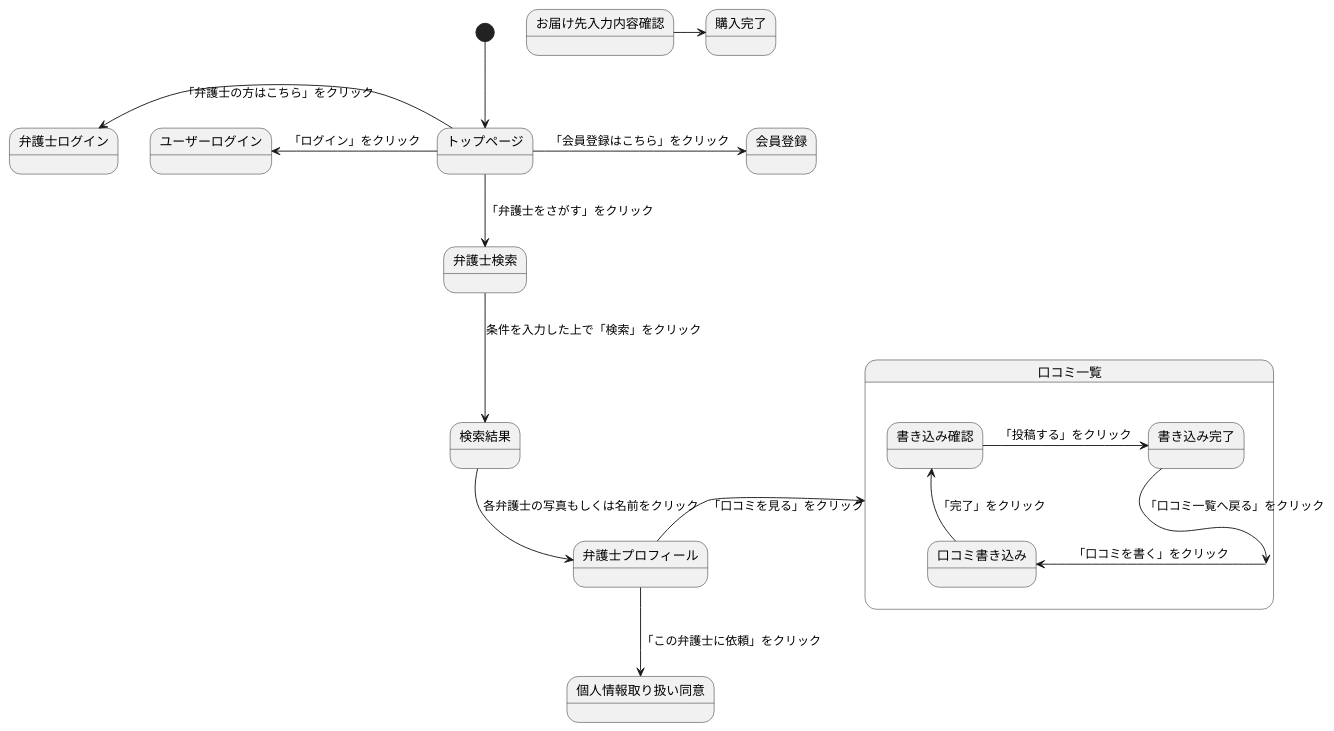
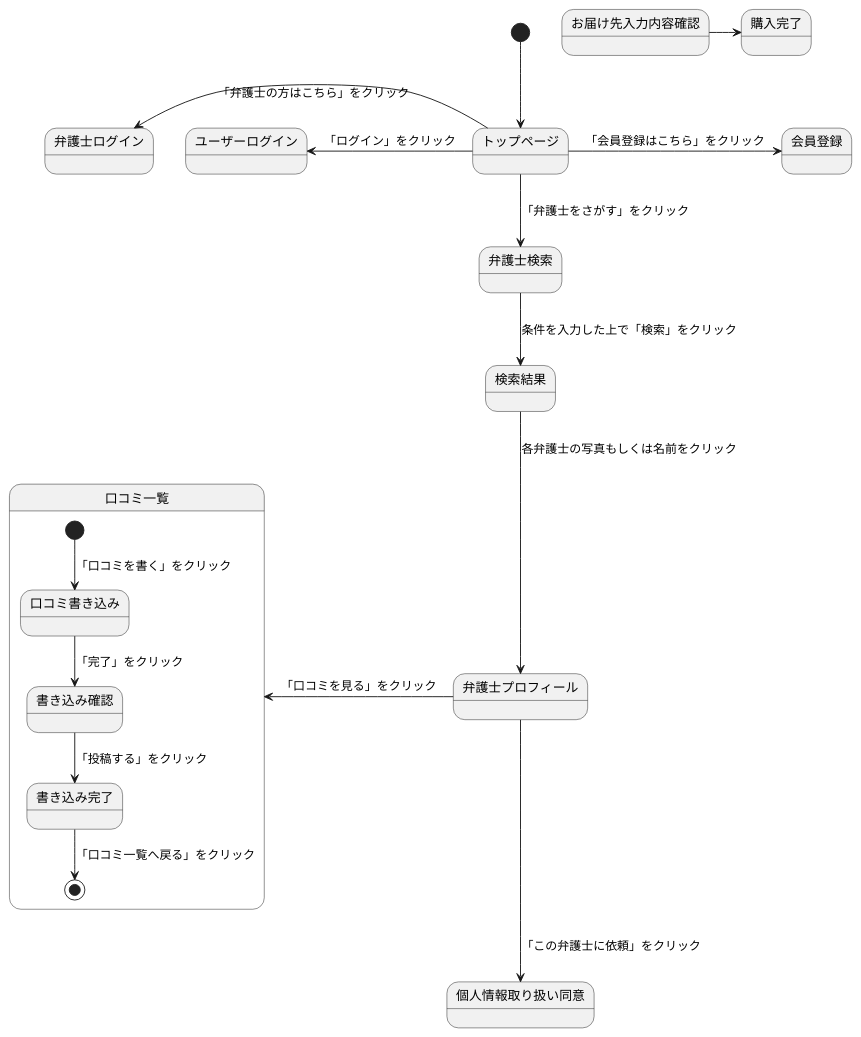
The diagram in 0524kadai.md (Aso2001374/2021sys-design), drawn with PlantUML before and after one commit.

````diff
--- a/0524kadai.md
+++ b/0524kadai.md
@@ -1,20 +1,20 @@
 ```uml
 @startuml
 [*] --> トップページ
 トップページ -> 会員登録:「会員登録はこちら」をクリック
 トップページ -left-> ユーザーログイン:「ログイン」をクリック
 トップページ -left-> 弁護士ログイン:「弁護士の方はこちら」をクリック
 トップページ --> 弁護士検索:「弁護士をさがす」をクリック
 弁護士検索 --> 検索結果: 条件を入力した上で「検索」をクリック
 検索結果 -down-> 弁護士プロフィール: 各弁護士の写真もしくは名前をクリック
 弁護士プロフィール -left-> 口コミ一覧:「口コミを見る」をクリック
 弁護士プロフィール --> 個人情報取り扱い同意:「この弁護士に依頼」をクリック
 state 口コミ一覧{
-口コミ一覧 -left-> 口コミ書き込み:「口コミを書く」をクリック
-口コミ書き込み -up-> 書き込み確認:「完了」をクリック
-書き込み確認 -right-> 書き込み完了:「投稿する」をクリック
-書き込み完了 -down-> 口コミ一覧:「口コミ一覧へ戻る」をクリック
+[*] --> 口コミ書き込み:「口コミを書く」をクリック
+口コミ書き込み --> 書き込み確認:「完了」をクリック
+書き込み確認 --> 書き込み完了:「投稿する」をクリック
+書き込み完了 --> [*]:「口コミ一覧へ戻る」をクリック
 }
 お届け先入力内容確認 -> 購入完了
 @enduml
 ```
````
